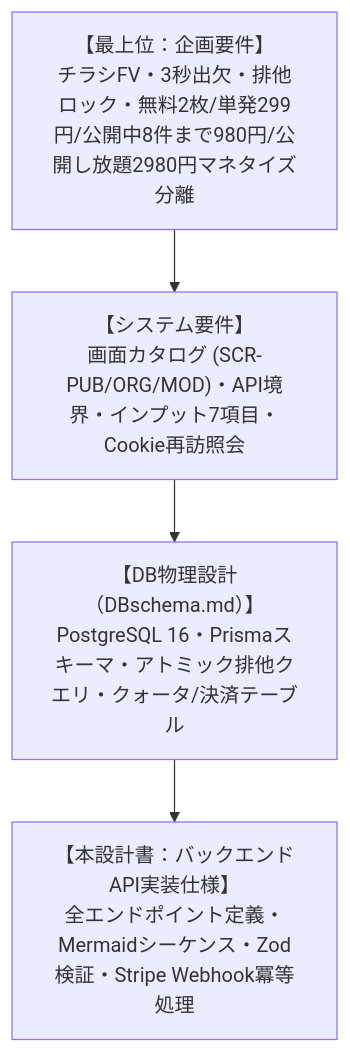
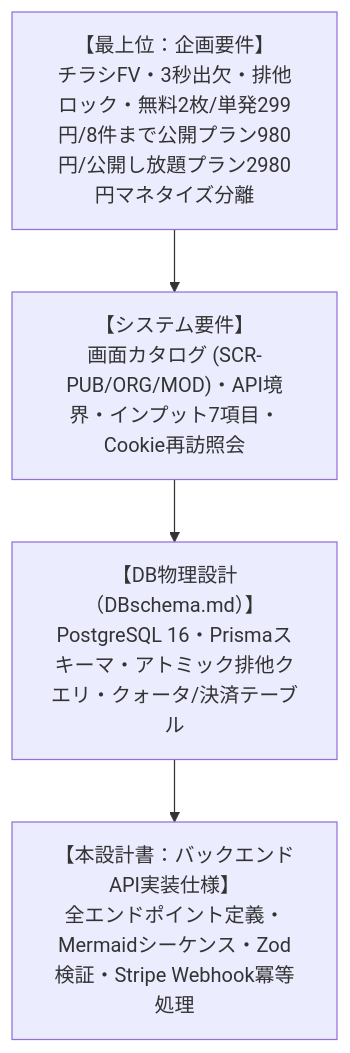
Before and after one commit to HirofumiSato/EventKreater: the first of 9 diagrams in docs/backend_api_implementation_spec.md, drawn with Mermaid. The commit also changed other lines of this file and 59 other files, not shown here.

````diff
--- a/docs/backend_api_implementation_spec.md
+++ b/docs/backend_api_implementation_spec.md
@@ -9,10 +9,10 @@
 ```mermaid
 flowchart TD
-    A["【最上位：企画要件】<br>チラシFV・3秒出欠・排他ロック・無料2枚/単発299円/公開中8件まで980円/公開し放題2980円マネタイズ分離"]
+    A["【最上位：企画要件】<br>チラシFV・3秒出欠・排他ロック・無料2枚/単発299円/8件まで公開プラン980円/公開し放題プラン2980円マネタイズ分離"]
     B["【システム要件】<br>画面カタログ (SCR-PUB/ORG/MOD)・API境界・インプット7項目・Cookie再訪照会"]
     C["【DB物理設計（DBschema.md）】<br>PostgreSQL 16・Prismaスキーマ・アトミック排他クエリ・クォータ/決済テーブル"]
     D["【本設計書：バックエンドAPI実装仕様】<br>全エンドポイント定義・Mermaidシーケンス・Zod検証・Stripe Webhook冪等処理"]
     A --> B
     B --> C
     C --> D
 ```
````
